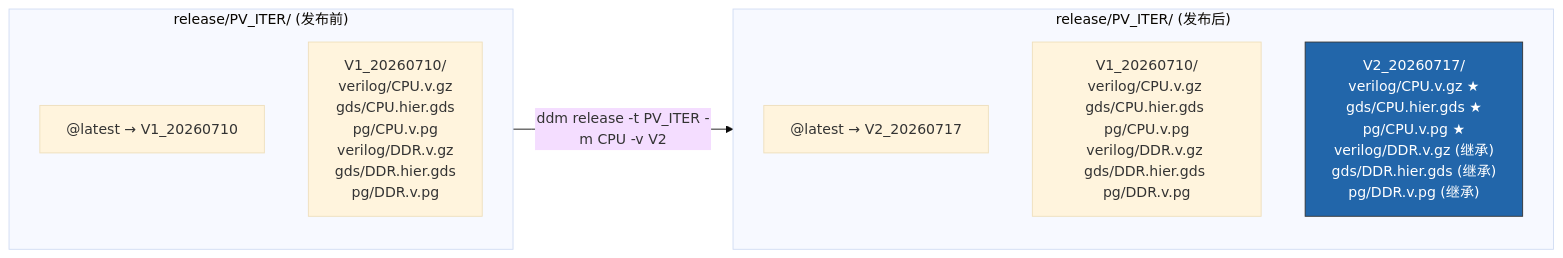
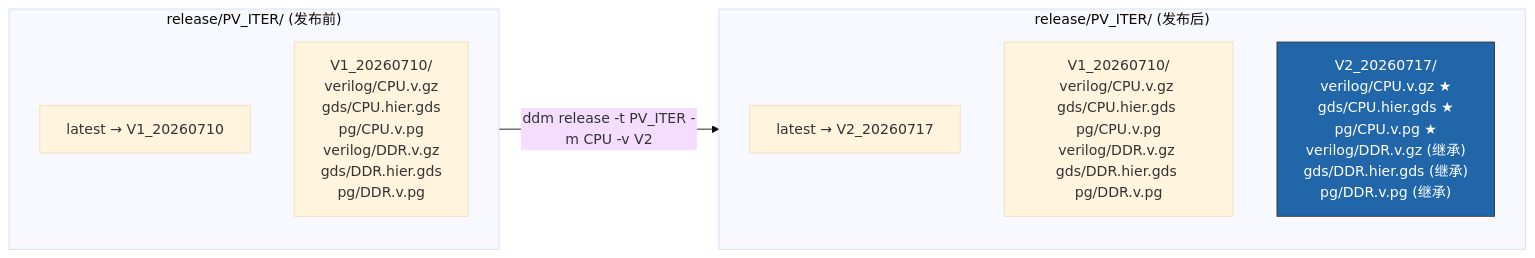
One commit to winsight/ddm changed the sixth of 17 diagrams in docs/WORKFLOWS.md. Above: the diagram before and after it, drawn with Mermaid (base theme). The commit also changed other lines of this file and 8 other files, not shown here.

````diff
--- a/docs/WORKFLOWS.md
+++ b/docs/WORKFLOWS.md
@@ -315,19 +315,19 @@
 ```mermaid
 flowchart LR
     subgraph BEFORE["release/PV_ITER/ (发布前)"]
         direction TB
-        LATEST1["@latest → V1_20260710"]
+        LATEST1["latest → V1_20260710"]
         V1["V1_20260710/<br/>verilog/CPU.v.gz<br/>gds/CPU.hier.gds<br/>pg/CPU.v.pg<br/>verilog/DDR.v.gz<br/>gds/DDR.hier.gds<br/>pg/DDR.v.pg"]
     end
 
     subgraph AFTER["release/PV_ITER/ (发布后)"]
         direction TB
-        LATEST2["@latest → V2_20260717"]
+        LATEST2["latest → V2_20260717"]
         V1B["V1_20260710/<br/>verilog/CPU.v.gz gds/CPU.hier.gds pg/CPU.v.pg<br/>verilog/DDR.v.gz gds/DDR.hier.gds pg/DDR.v.pg"]
         V2["V2_20260717/<br/>verilog/CPU.v.gz ★<br/>gds/CPU.hier.gds ★<br/>pg/CPU.v.pg ★<br/>verilog/DDR.v.gz (继承)<br/>gds/DDR.hier.gds (继承)<br/>pg/DDR.v.pg (继承)"]
     end
 
     BEFORE -->|"ddm release -t PV_ITER -m CPU -v V2"| AFTER
 
     style V2 fill:#26a,stroke:#333,color:#fff
 ```
````
